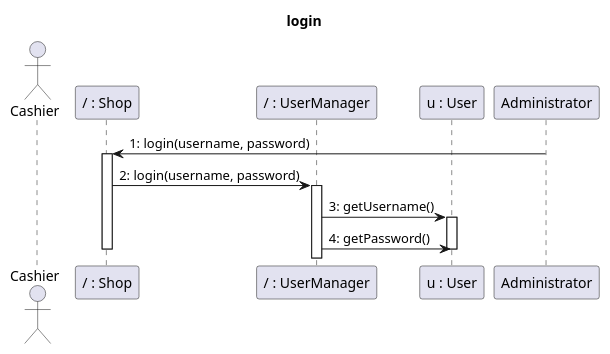
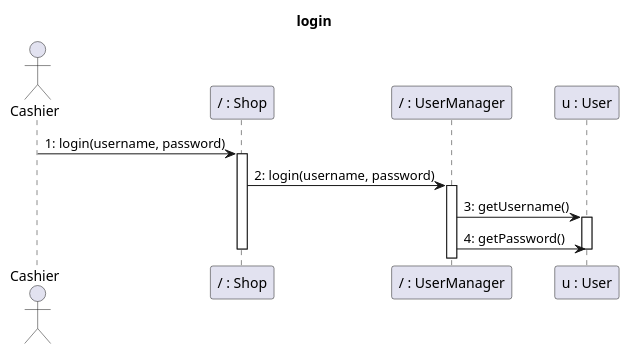
Diagram 16 of 32 in Deliverables/DesignDocument.md (nicolabattaglino/ezshop), drawn with PlantUML before and after one commit. The commit also changed other lines of this file, not shown here.

Commit message:
changes in seq. diagrams

````diff
--- a/Deliverables/DesignDocument.md
+++ b/Deliverables/DesignDocument.md
@@ -753,21 +752,21 @@
 ```plantuml
 @startuml
 title login
 actor Cashier
 participant "/ : Shop" as Shop
 participant "/ : UserManager" as UserManager
 participant "u : User" as User
 
-Administrator -> Shop: 1: login(username, password)
+Cashier -> Shop: 1: login(username, password)
 activate Shop
 Shop -> UserManager: 2: login(username, password)
 activate UserManager
 UserManager -> User: 3: getUsername()
 activate User
 UserManager -> User: 4: getPassword()
 deactivate User
 deactivate Shop
 
 
 @enduml
 ```
````
